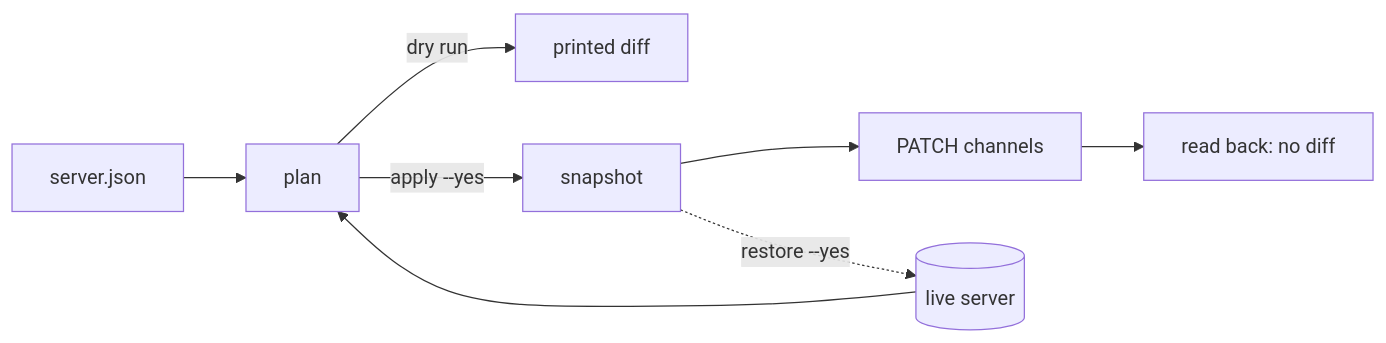
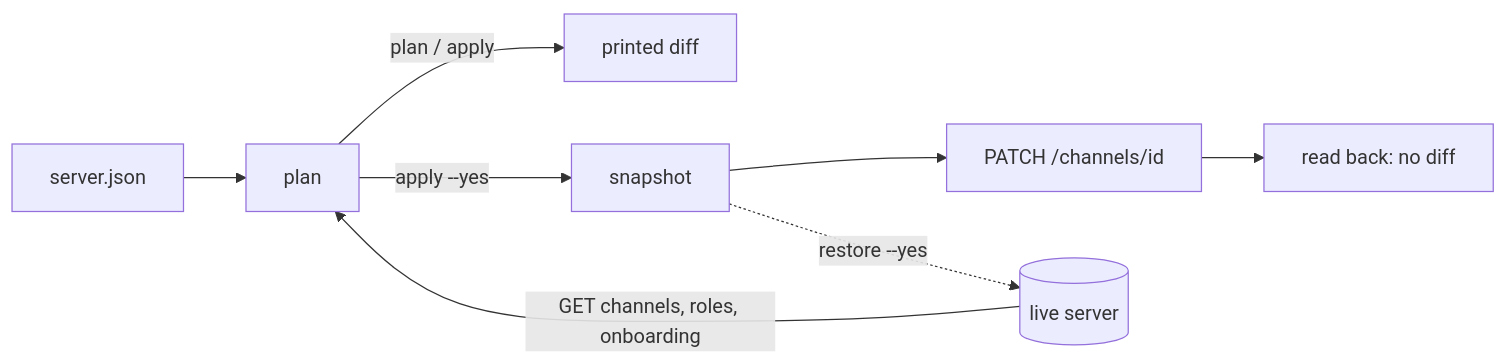
Before and after one commit to OpenDrone-hw/discord: the diagram in README.md, drawn with Mermaid. The commit also changed other lines of this file and 3 other files, not shown here.

````diff
--- a/README.md
+++ b/README.md
@@ -8,8 +10,8 @@
 ```mermaid
 flowchart LR
   J[server.json] --> P[plan]
-  L[(live server)] --> P
-  P -->|dry run| R[printed diff]
-  P -->|apply --yes| S[snapshot] --> A[PATCH channels] --> B[read back: no diff]
+  L[(live server)] -->|GET channels, roles, onboarding| P
+  P -->|plan / apply| R[printed diff]
+  P -->|apply --yes| S[snapshot] --> A[PATCH /channels/id] --> B[read back: no diff]
   S -.->|restore --yes| L
 ```
````
